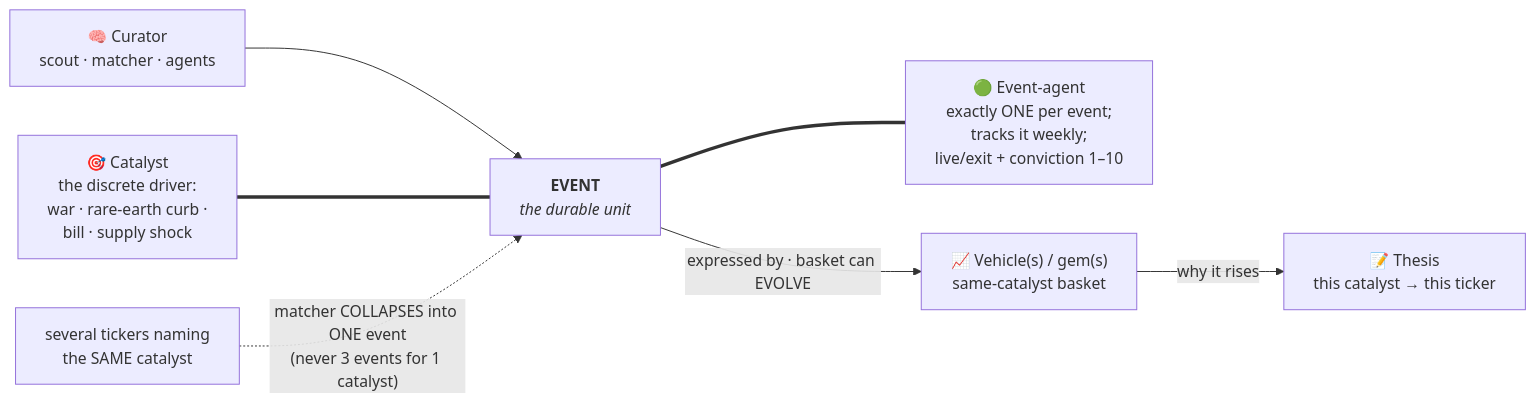
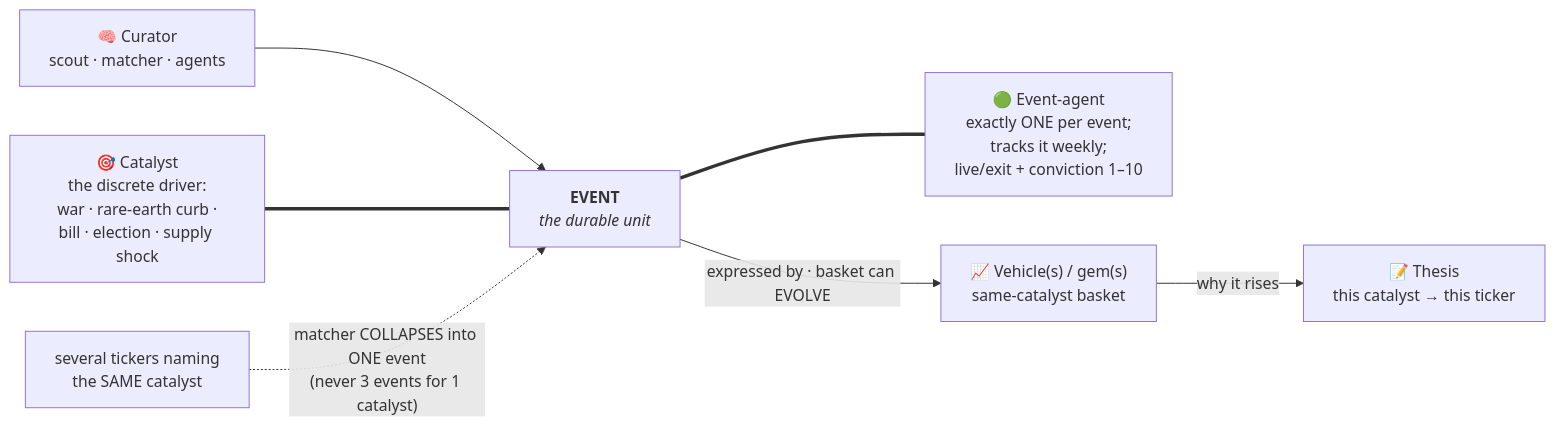
One commit to joehahn/geo-herd-rider changed the second of 2 diagrams in README.md. Above: the diagram before and after it, drawn with Mermaid. The commit also changed other lines of this file, not shown here.

First line of the commit message:
README: reflect recent changes (anticipation catalyst gate, new config defaults, 6 news-derived gems)

````diff
--- a/README.md
+++ b/README.md
@@ -54,8 +54,8 @@
 ```mermaid
 flowchart LR
     CUR["🧠 Curator<br/>scout · matcher · agents"] --> EV
-    CAT["🎯 Catalyst<br/>the discrete driver:<br/>war · rare-earth curb ·<br/>bill · supply shock"] === EV["<b>EVENT</b><br/><i>the durable unit</i>"] === AGT["🟢 Event-agent<br/>exactly ONE per event;<br/>tracks it weekly;<br/>live/exit + conviction 1–10"]
+    CAT["🎯 Catalyst<br/>the discrete driver:<br/>war · rare-earth curb ·<br/>bill · election · supply shock"] === EV["<b>EVENT</b><br/><i>the durable unit</i>"] === AGT["🟢 Event-agent<br/>exactly ONE per event;<br/>tracks it weekly;<br/>live/exit + conviction 1–10"]
     EV -- "expressed by · basket can EVOLVE" --> VEH["📈 Vehicle(s) / gem(s)<br/>same-catalyst basket"]
     VEH -- "why it rises" --> THE["📝 Thesis<br/>this catalyst → this ticker"]
     MANY["several tickers naming<br/>the SAME catalyst"] -. "matcher COLLAPSES into ONE event<br/>(never 3 events for 1 catalyst)" .-> EV
 ```
````
